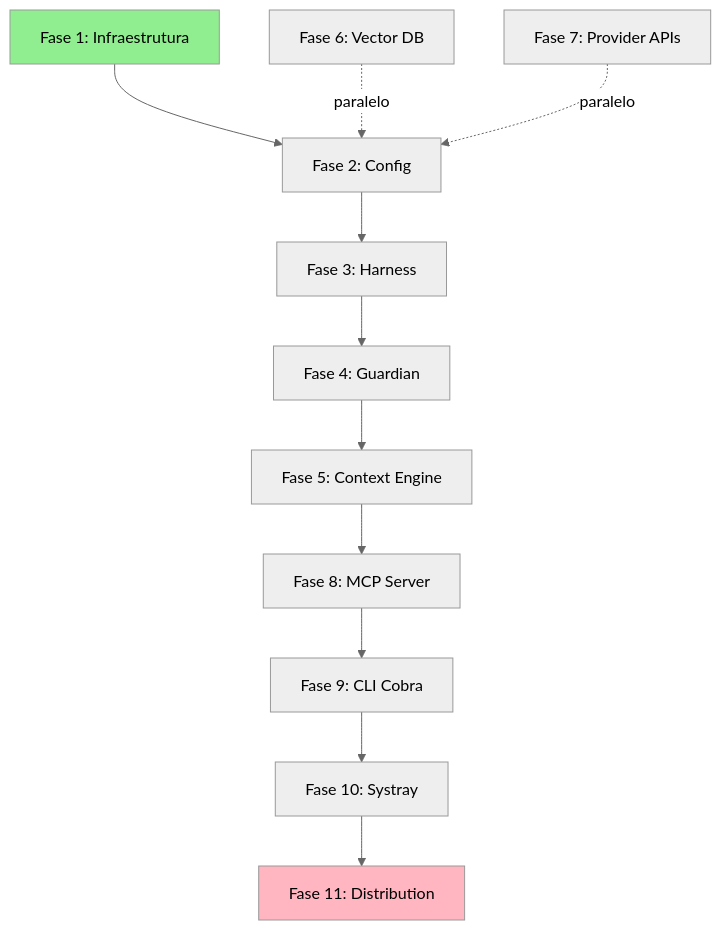
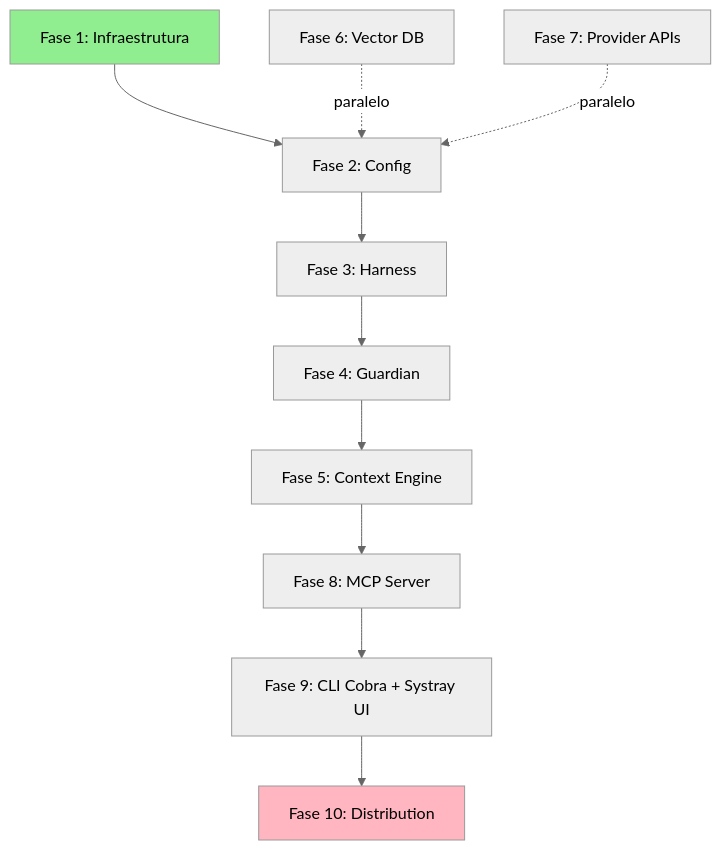
One commit to MachiTwo/MachiOnCoffee changed the diagram in content/docs/vectora/implementation/_index.md. Above: the diagram before and after it, drawn with Mermaid (neutral theme). The commit also changed other lines of this file and 29 other files, not shown here.

````diff
--- a/content/docs/vectora/implementation/_index.md
+++ b/content/docs/vectora/implementation/_index.md
@@ -44,16 +44,15 @@
 ```mermaid
 graph TD
     A["Fase 1: Infraestrutura"] --> B["Fase 2: Config"]
     B --> C["Fase 3: Harness"]
     C --> D["Fase 4: Guardian"]
     D --> E["Fase 5: Context Engine"]
     F["Fase 6: Vector DB"] -.->|paralelo| B
     G["Fase 7: Provider APIs"] -.->|paralelo| B
     E --> H["Fase 8: MCP Server"]
-    H --> I["Fase 9: CLI Cobra"]
-    I --> J["Fase 10: Systray"]
-    J --> K["Fase 11: Distribution"]
+    H --> I["Fase 9: CLI Cobra + Systray UI"]
+    I --> J["Fase 10: Distribution"]
 
     style A fill:#90EE90
-    style K fill:#FFB6C1
+    style J fill:#FFB6C1
 ```
````
